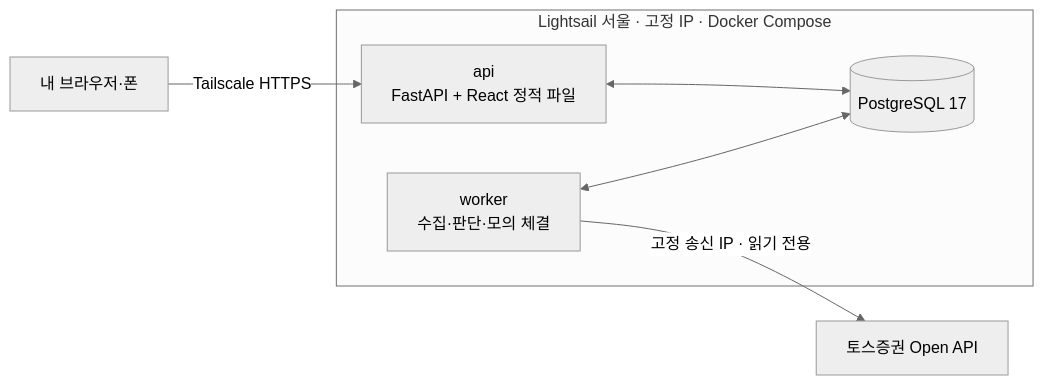
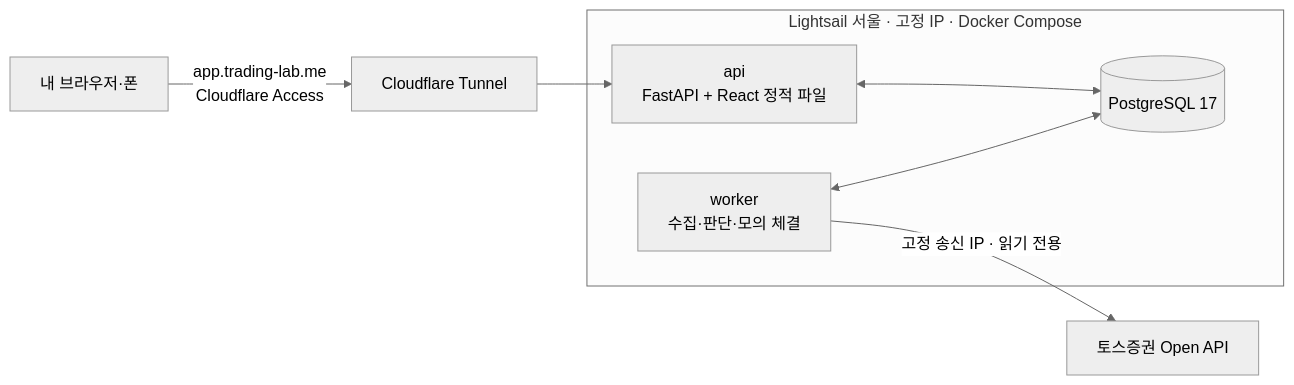
Before and after one commit to ottuck/trading-lab: the diagram in README.md, drawn with Mermaid (neutral theme). The commit also changed other lines of this file and 2 other files, not shown here.

First line of the commit message:
docs: N7 연결 완료(app.trading-lab.me), 마일스톤 2 완료 (#92)

````diff
--- a/README.md
+++ b/README.md
@@ -57,9 +57,10 @@
 ```mermaid
 flowchart LR
-    ME[내 브라우저·폰] -->|Tailscale HTTPS| API
+    ME[내 브라우저·폰] -->|app.trading-lab.me<br/>Cloudflare Access| CF[Cloudflare Tunnel]
+    CF --> API
     subgraph VM[Lightsail 서울 · 고정 IP · Docker Compose]
         API[api<br/>FastAPI + React 정적 파일] <--> DB[(PostgreSQL 17)]
         WORKER[worker<br/>수집·판단·모의 체결] <--> DB
     end
     WORKER -->|고정 송신 IP · 읽기 전용| TOSS[토스증권 Open API]
 ```
````
